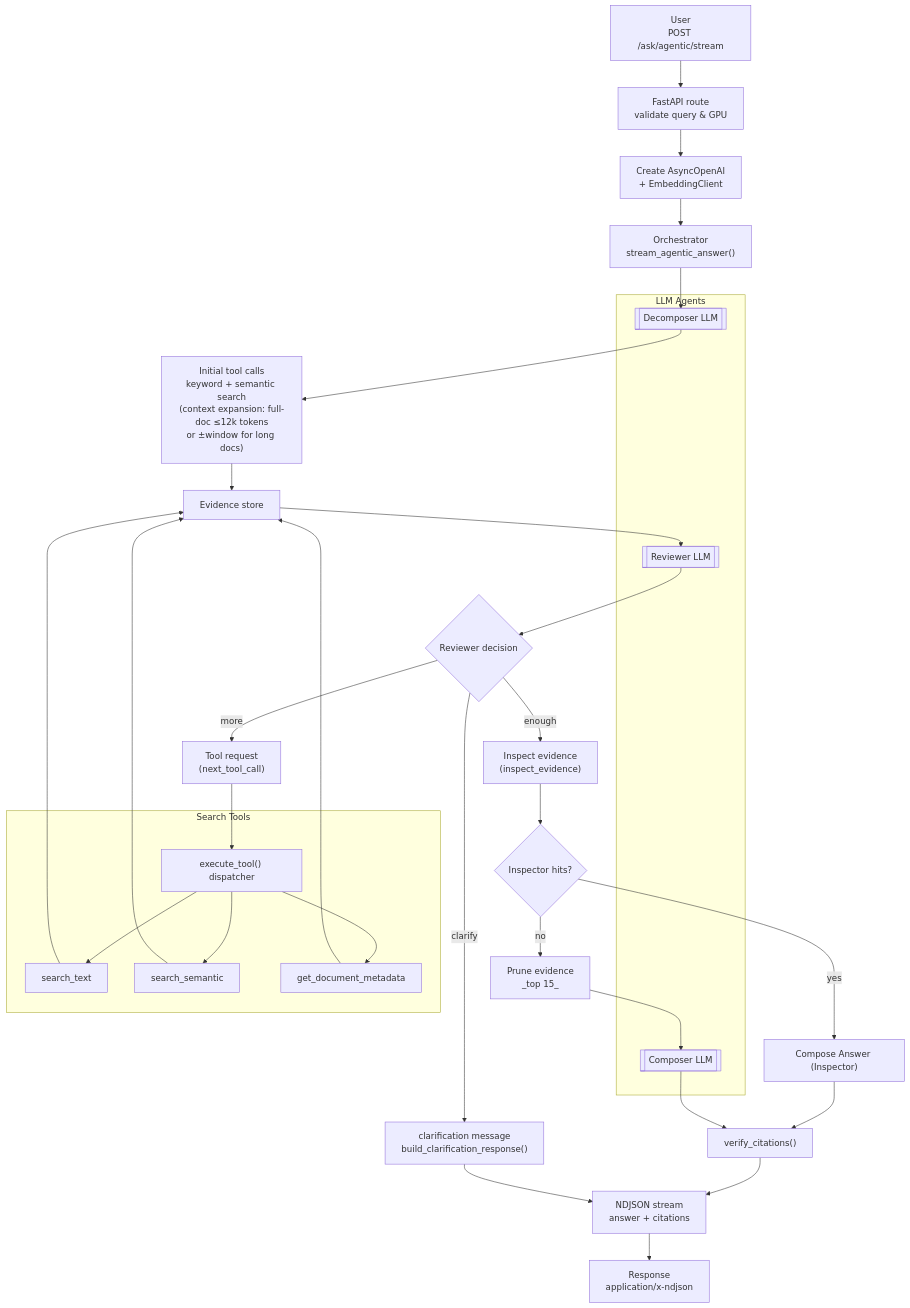
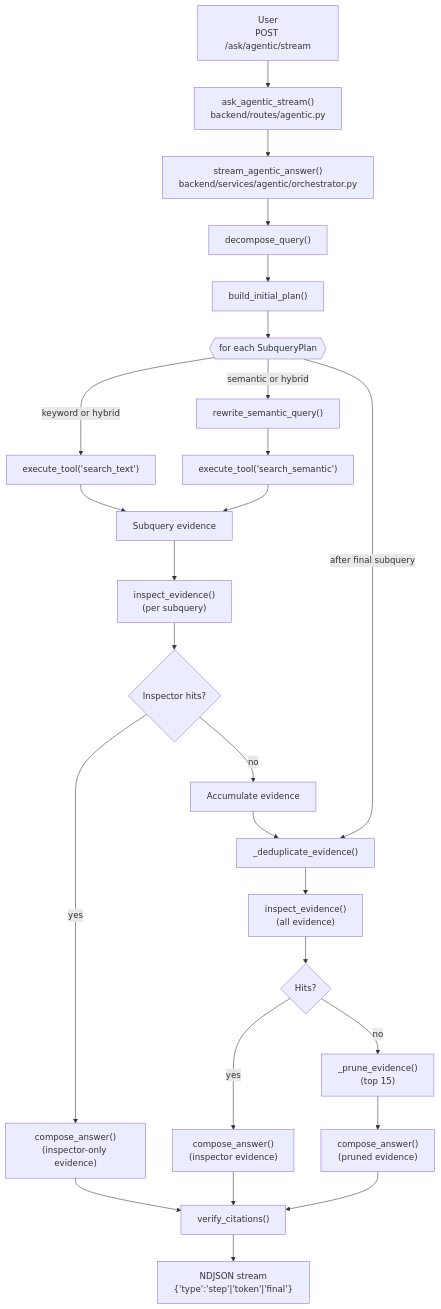
Before and after one commit to nobody-qwert/doc-chat: the diagram in docs/agentic_flow.md, drawn with Mermaid. The commit also changed other lines of this file, not shown here.

````diff
--- a/docs/agentic_flow.md
+++ b/docs/agentic_flow.md
@@ -7,41 +7,32 @@
 ```mermaid
 flowchart TD
-    U["User\nPOST /ask/agentic/stream"] --> R["FastAPI route\nvalidate query & GPU"]
-    R --> C["Create AsyncOpenAI\n+ EmbeddingClient"]
-    C --> O["Orchestrator\nstream_agentic_answer()"]
+    U["User\nPOST /ask/agentic/stream"] --> RT["ask_agentic_stream()\nbackend/routes/agentic.py"]
+    RT --> OR["stream_agentic_answer()\nbackend/services/agentic/orchestrator.py"]
+    OR --> DQ["decompose_query()"]
+    DQ --> BP["build_initial_plan()"]
+    BP --> LOOP{{"for each SubqueryPlan"}}
 
-    subgraph "LLM Agents"
-        D[[Decomposer LLM]]
-        RV[[Reviewer LLM]]
-        CA[[Composer LLM]]
-    end
-
-    O --> D
-    D --> I["Initial tool calls\nkeyword + semantic search\n(context expansion: full-doc ≤12k tokens\nor ±window for long docs)"]
-    I --> E["Evidence store"]
-    E --> RV
-    RV --> T{Reviewer decision}
-    T -- "clarify" --> CL["clarification message\nbuild_clarification_response()"]
-    T -- "enough" --> INS["Inspect evidence\n(inspect_evidence)"]
-    T -- "more" --> M["Tool request\n(next_tool_call)"]
-    M --> TD["execute_tool() dispatcher"]
-
-    subgraph "Search Tools"
-        TD --> ST["search_text"]
-        TD --> SS["search_semantic"]
-        TD --> MD["get_document_metadata"]
-    end
-
-    ST --> E
-    SS --> E
-    MD --> E
-    INS --> H{"Inspector hits?"}
-    H -- "yes" --> CAI["Compose Answer (Inspector)"]
-    H -- "no" --> PR["Prune evidence\n_top 15_"]
-    PR --> CA
-    CAI --> VC
-    CA --> VC["verify_citations()"]
-    VC --> RESP["NDJSON stream\nanswer + citations"]
-    CL --> RESP
-    RESP --> S["Response\napplication/x-ndjson"]
+    LOOP -->|keyword or hybrid| ST["execute_tool('search_text')"]
+    LOOP -->|semantic or hybrid| RW["rewrite_semantic_query()"]
+    RW --> SS["execute_tool('search_semantic')"]
+    
+    ST --> SUBE["Subquery evidence"]
+    SS --> SUBE
+    SUBE --> IS1["inspect_evidence()\n(per subquery)"]
+    IS1 --> HIT{Inspector hits?}
+    HIT -->|yes| EARLY["compose_answer()\n(inspector-only evidence)"]
+    HIT -->|no| GLOBAL["Accumulate evidence"]
+    
+    GLOBAL --> DEDUP["_deduplicate_evidence()"]
+    LOOP -->|after final subquery| DEDUP
+    DEDUP --> IS2["inspect_evidence()\n(all evidence)"]
+    IS2 --> HIT2{Hits?}
+    HIT2 -->|yes| INSANS["compose_answer()\n(inspector evidence)"]
+    HIT2 -->|no| PR["_prune_evidence()\n(top 15)"]
+    PR --> CA["compose_answer()\n(pruned evidence)"]
+    
+    EARLY --> VC["verify_citations()"]
+    INSANS --> VC
+    CA --> VC
+    VC --> RESP["NDJSON stream\n{'type':'step'|'token'|'final'}"]
 ```
````
